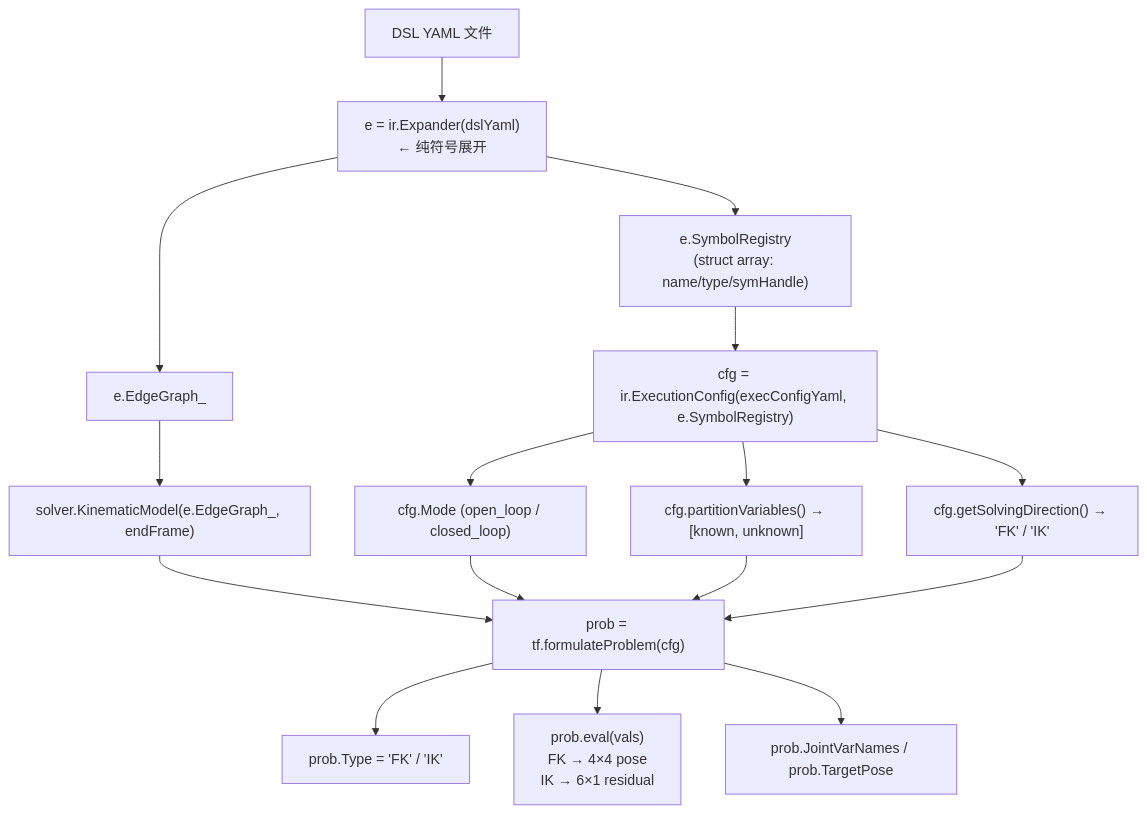
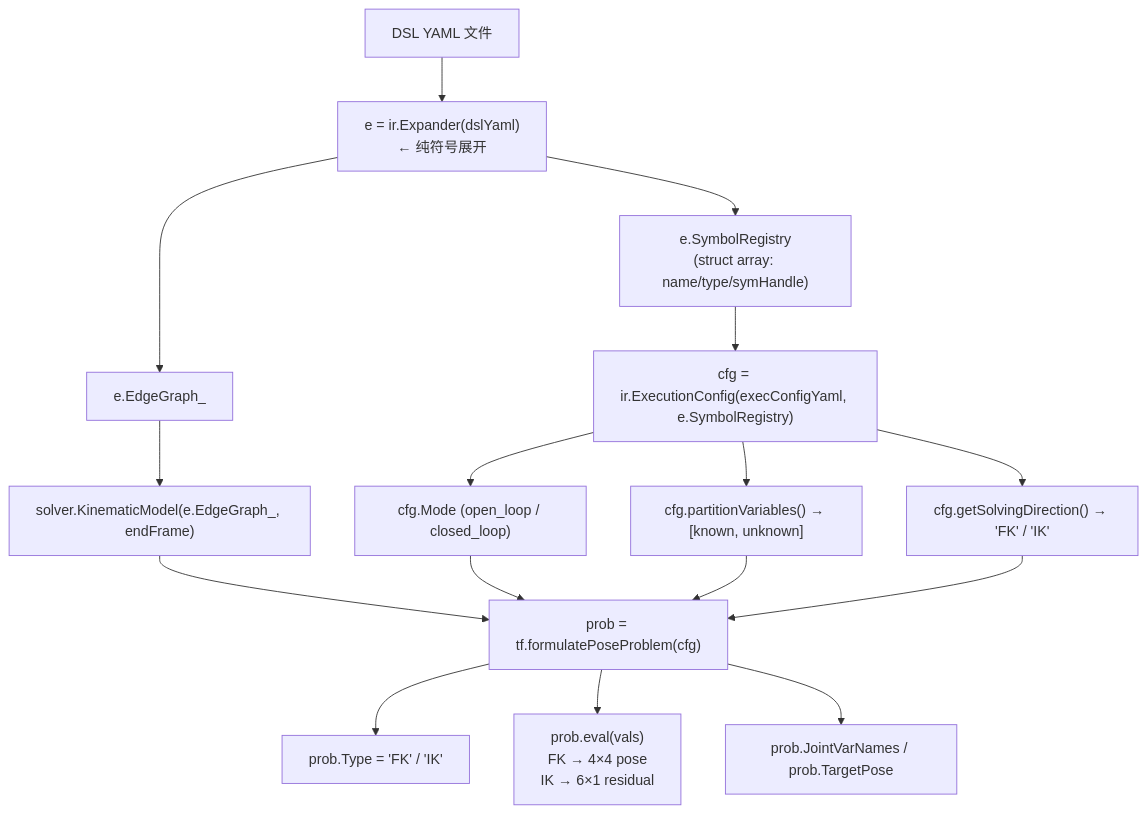
The seventh of 7 diagrams in scripts/matlab/ARCHITECTURE.md (Axiom117/symbolic-modular-kinematics), drawn with Mermaid before and after one commit. The commit also changed other lines of this file and 8 other files, not shown here.

````diff
--- a/scripts/matlab/ARCHITECTURE.md
+++ b/scripts/matlab/ARCHITECTURE.md
@@ -226,16 +226,16 @@
 ```mermaid
 flowchart TD
     A["DSL YAML 文件"] --> B["e = ir.Expander(dslYaml)<br/>← 纯符号展开"]
     B --> C1["e.SymbolRegistry<br/>(struct array: name/type/symHandle)"]
     B --> C2["e.EdgeGraph_"]
     C2 --> D["solver.KinematicModel(e.EdgeGraph_, endFrame)"]
     C1 --> E["cfg = ir.ExecutionConfig(execConfigYaml, e.SymbolRegistry)"]
     E --> F1["cfg.Mode (open_loop / closed_loop)"]
     E --> F2["cfg.partitionVariables() → [known, unknown]"]
     E --> F3["cfg.getSolvingDirection() → 'FK' / 'IK'"]
-    D --> G["prob = tf.formulateProblem(cfg)"]
+    D --> G["prob = tf.formulatePoseProblem(cfg)"]
     F1 & F2 & F3 --> G
     G --> H1["prob.Type = 'FK' / 'IK'"]
     G --> H2["prob.eval(vals)<br/>FK → 4×4 pose<br/>IK → 6×1 residual"]
     G --> H3["prob.JointVarNames / prob.TargetPose"]
 ```
````
